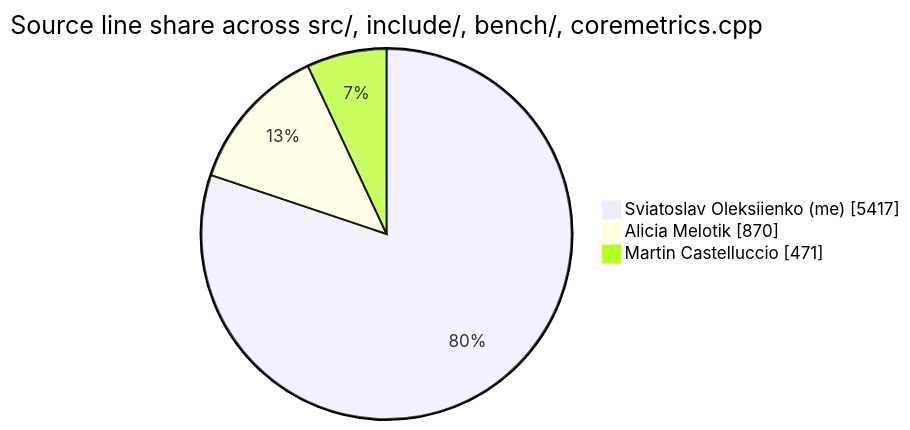
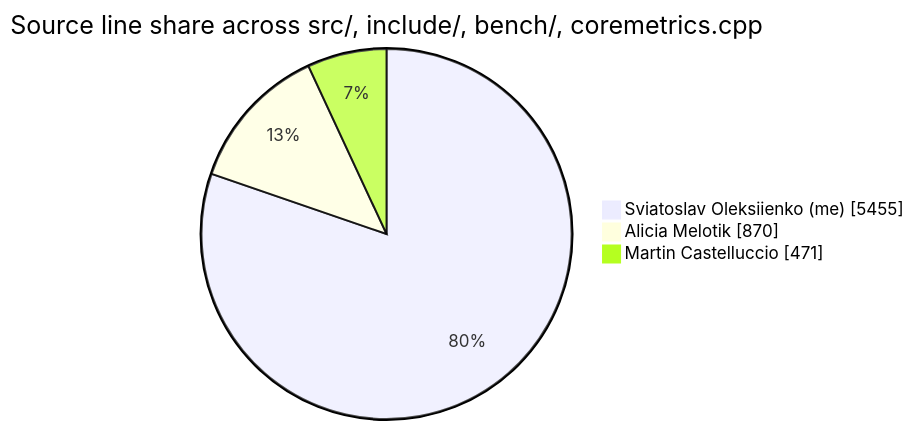
The second of 2 diagrams in README.md (sviatil0/coremetrics), drawn with Mermaid before and after one commit. The commit also changed other lines of this file and 2 other files, not shown here.

````diff
--- a/README.md
+++ b/README.md
@@ -351,7 +351,7 @@
 ```mermaid
 pie showData
     title Source line share across src/, include/, bench/, coremetrics.cpp
-    "Sviatoslav Oleksiienko (me)" : 5417
+    "Sviatoslav Oleksiienko (me)" : 5455
     "Alicia Melotik" : 870
     "Martin Castelluccio" : 471
 ```
````
